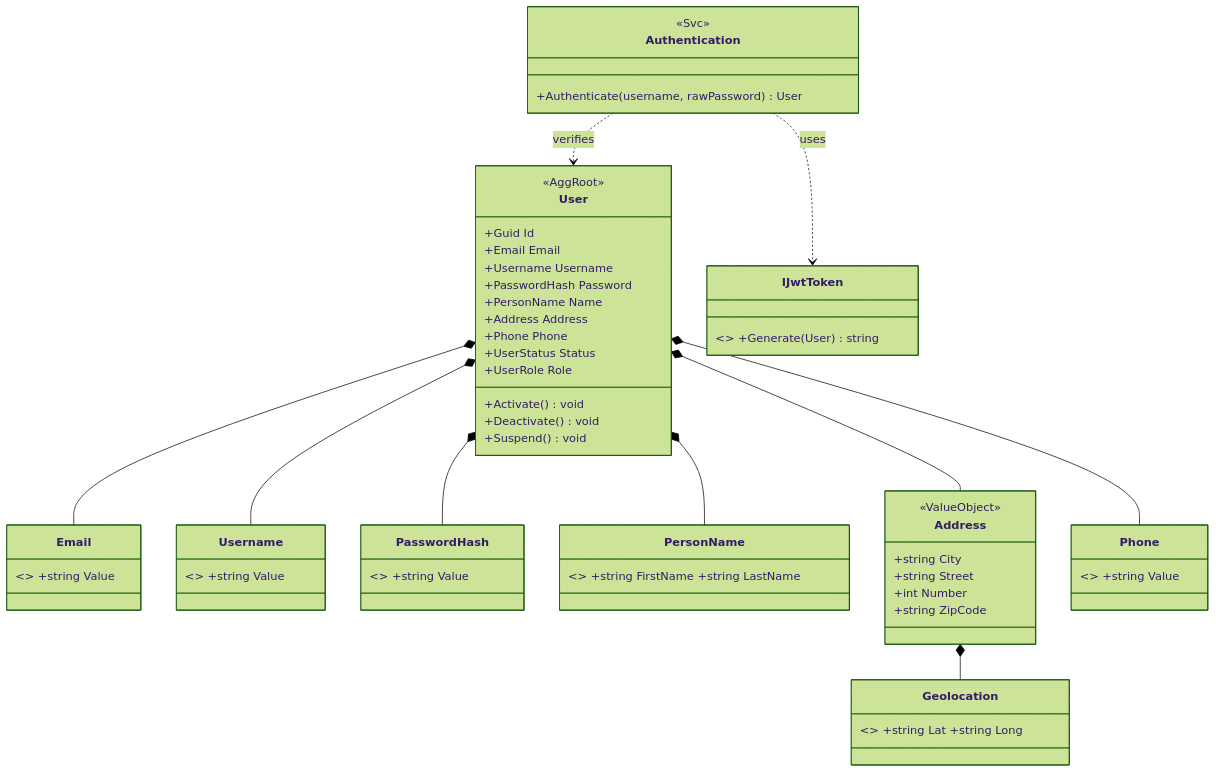
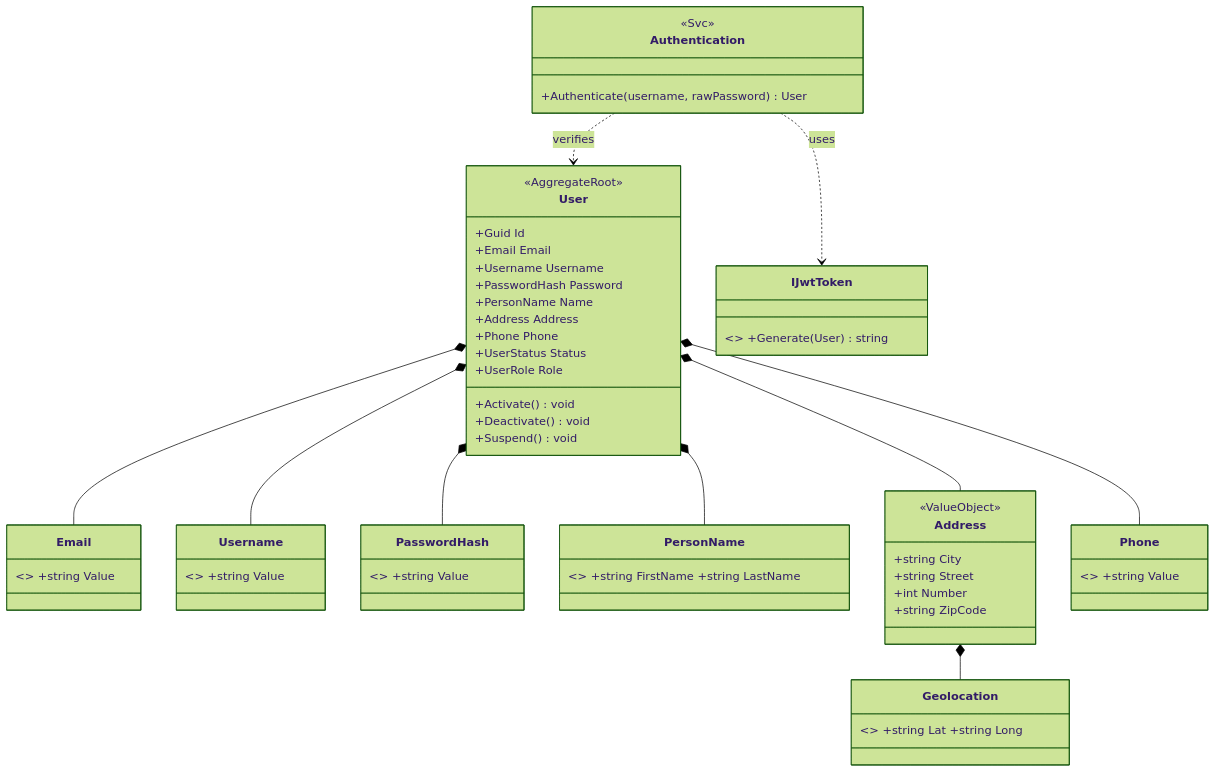
One commit to dante-escame/abi-gth-omnia-dev-eval changed the second of 3 diagrams in .doc/my-own/diagrams.md. Above: the diagram before and after it, drawn with Mermaid (forest theme). The commit also changed other lines of this file, not shown here.

Commit message:
docs: adding product catalog context to diagrams.md

````diff
--- a/.doc/my-own/diagrams.md
+++ b/.doc/my-own/diagrams.md
@@ -33,46 +33,46 @@
 ```mermaid
 classDiagram
     class User {
-        <<AggRoot>>
+        <<AggregateRoot>>
         +Guid Id
         +Email Email
         +Username Username
         +PasswordHash Password
         +PersonName Name
         +Address Address
         +Phone Phone
         +UserStatus Status
         +UserRole Role
         +Activate() void
         +Deactivate() void
         +Suspend() void
     }
     class Email { <<ValueObject>> +string Value }
     class Username { <<ValueObject>> +string Value }
     class PasswordHash { <<ValueObject>> +string Value }
     class PersonName { <<ValueObject>> +string FirstName +string LastName }
     class Address {
         <<ValueObject>>
         +string City
         +string Street
         +int Number
         +string ZipCode
     }
     class Geolocation { <<ValueObject>> +string Lat +string Long }
     class Phone { <<ValueObject>> +string Value }
     class Authentication {
         <<Svc>>
         +Authenticate(username, rawPassword) User
     }
     class IJwtToken { <<Svc>> +Generate(User) string }
 
     User *-- Email
     User *-- Username
     User *-- PasswordHash
     User *-- PersonName
     User *-- Address
     User *-- Phone
     Address *-- Geolocation
     Authentication ..> User : verifies
     Authentication ..> IJwtToken : uses
 ```
````
